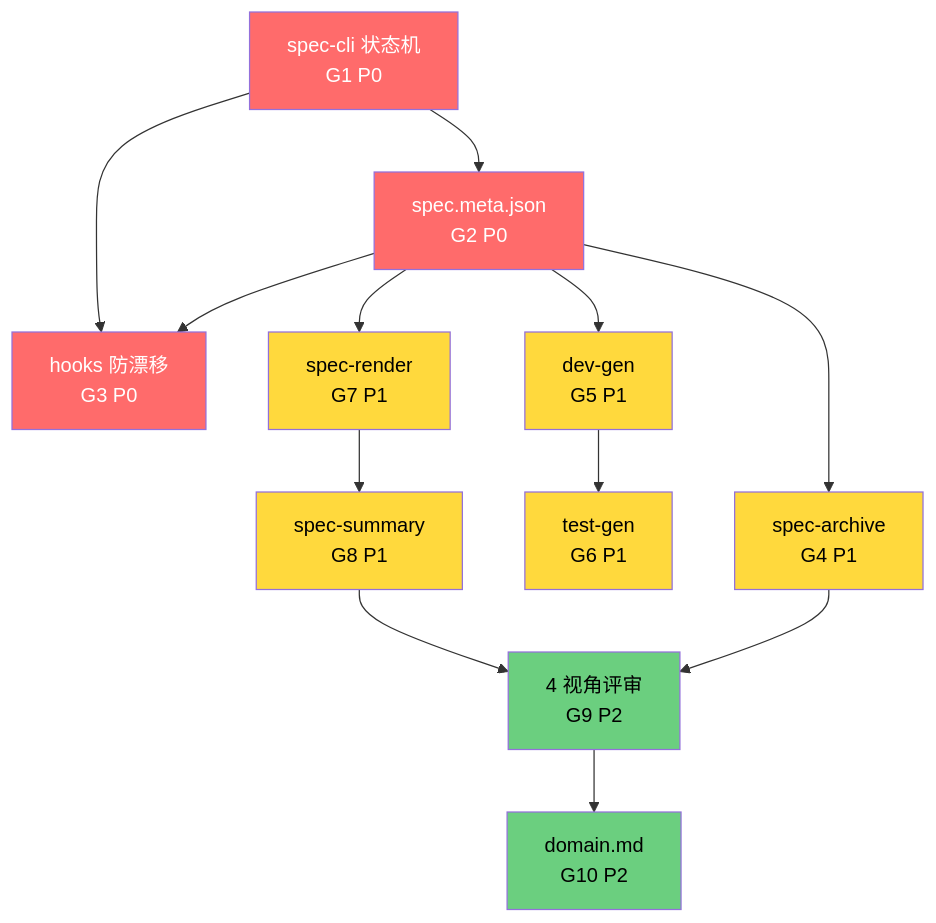
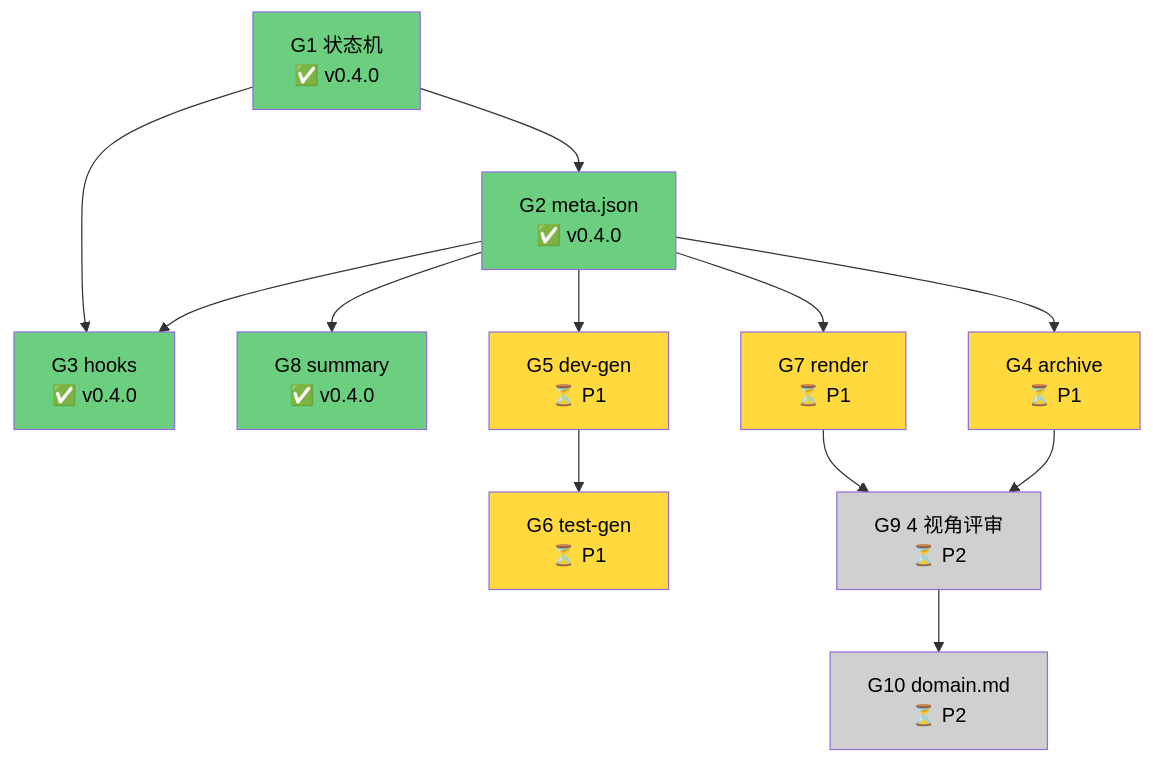
Before and after one commit to gudandezhu/claude-plugins: the diagram in plugins/god/docs/roadmap.md, drawn with Mermaid. The commit also changed other lines of this file and 6 other files, not shown here.

````diff
--- a/plugins/god/docs/roadmap.md
+++ b/plugins/god/docs/roadmap.md
@@ -263,27 +115,27 @@
 ```mermaid
 graph TD
-    G1[spec-cli 状态机<br/>G1 P0] --> G2[spec.meta.json<br/>G2 P0]
-    G2 --> G3[hooks 防漂移<br/>G3 P0]
+    G1[G1 状态机<br/>✅ v0.4.0] --> G2[G2 meta.json<br/>✅ v0.4.0]
+    G2 --> G3[G3 hooks<br/>✅ v0.4.0]
     G1 --> G3
+    G2 --> G8[G8 summary<br/>✅ v0.4.0]
 
-    G2 --> G4[spec-archive<br/>G4 P1]
-    G2 --> G5[dev-gen<br/>G5 P1]
-    G5 --> G6[test-gen<br/>G6 P1]
-    G2 --> G7[spec-render<br/>G7 P1]
-    G7 --> G8[spec-summary<br/>G8 P1]
+    G2 --> G4[G4 archive<br/>⏳ P1]
+    G2 --> G5[G5 dev-gen<br/>⏳ P1]
+    G5 --> G6[G6 test-gen<br/>⏳ P1]
+    G2 --> G7[G7 render<br/>⏳ P1]
 
-    G4 --> G9[4 视角评审<br/>G9 P2]
-    G8 --> G9
-    G9 --> G10[domain.md<br/>G10 P2]
+    G4 --> G9[G9 4 视角评审<br/>⏳ P2]
+    G7 --> G9
+    G9 --> G10[G10 domain.md<br/>⏳ P2]
 
-    style G1 fill:#ff6b6b,color:#fff
-    style G2 fill:#ff6b6b,color:#fff
-    style G3 fill:#ff6b6b,color:#fff
+    style G1 fill:#6bcf7f,color:#000
+    style G2 fill:#6bcf7f,color:#000
+    style G3 fill:#6bcf7f,color:#000
+    style G8 fill:#6bcf7f,color:#000
     style G4 fill:#ffd93d,color:#000
     style G5 fill:#ffd93d,color:#000
     style G6 fill:#ffd93d,color:#000
     style G7 fill:#ffd93d,color:#000
-    style G8 fill:#ffd93d,color:#000
-    style G9 fill:#6bcf7f,color:#000
-    style G10 fill:#6bcf7f,color:#000
+    style G9 fill:#d0d0d0,color:#000
+    style G10 fill:#d0d0d0,color:#000
 ```
````
